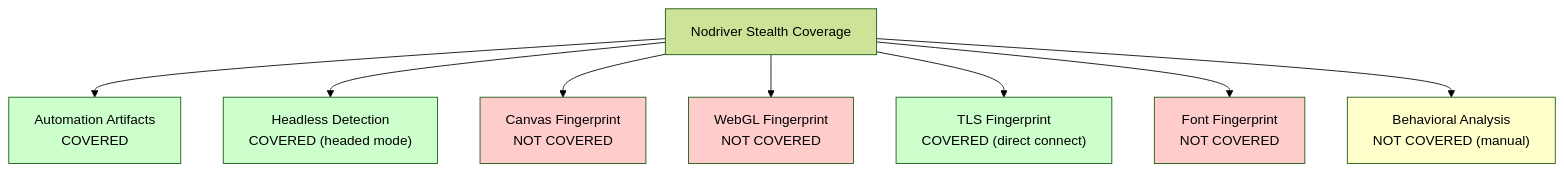
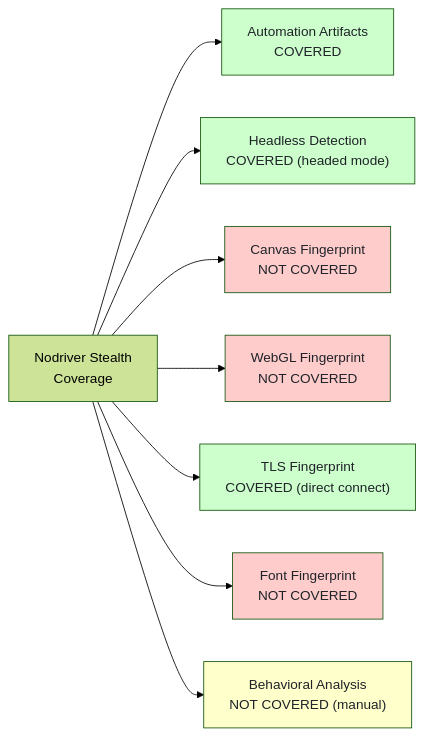
The third of 4 diagrams in _posts/2026-02-19-nodriver-bot-detection-how-well-does-it-evade-fingerprinting.md (bytetunnels/bytetunnels.github.com), drawn with Mermaid (forest theme) before and after one commit. The commit also changed other lines of this file and 118 other files, not shown here.

Commit message:
feat: improve diagram styling and compact wide flowcharts

````diff
--- a/_posts/2026-02-19-nodriver-bot-detection-how-well-does-it-evade-fingerprinting.md
+++ b/_posts/2026-02-19-nodriver-bot-detection-how-well-does-it-evade-fingerprinting.md
@@ -610,18 +610,18 @@
 ```mermaid
-graph TD
-    A["Nodriver Stealth Coverage"] --> B["Automation Artifacts<br>COVERED"]
-    A --> C["Headless Detection<br>COVERED (headed mode)"]
-    A --> D["Canvas Fingerprint<br>NOT COVERED"]
-    A --> E["WebGL Fingerprint<br>NOT COVERED"]
-    A --> F["TLS Fingerprint<br>COVERED (direct connect)"]
-    A --> G["Font Fingerprint<br>NOT COVERED"]
-    A --> H["Behavioral Analysis<br>NOT COVERED (manual)"]
+graph LR
+    A["Nodriver Stealth<br/>Coverage"] --> B["Automation Artifacts<br/>COVERED"]
+    A --> C["Headless Detection<br/>COVERED (headed mode)"]
+    A --> D["Canvas Fingerprint<br/>NOT COVERED"]
+    A --> E["WebGL Fingerprint<br/>NOT COVERED"]
+    A --> F["TLS Fingerprint<br/>COVERED (direct connect)"]
+    A --> G["Font Fingerprint<br/>NOT COVERED"]
+    A --> H["Behavioral Analysis<br/>NOT COVERED (manual)"]
 
-    style B fill:#ccffcc
-    style C fill:#ccffcc
-    style F fill:#ccffcc
-    style D fill:#ffcccc
-    style E fill:#ffcccc
-    style G fill:#ffcccc
-    style H fill:#ffffcc
+    style B fill:#ccffcc,color:#1f2328
+    style C fill:#ccffcc,color:#1f2328
+    style F fill:#ccffcc,color:#1f2328
+    style D fill:#ffcccc,color:#1f2328
+    style E fill:#ffcccc,color:#1f2328
+    style G fill:#ffcccc,color:#1f2328
+    style H fill:#ffffcc,color:#1f2328
 ```
````
